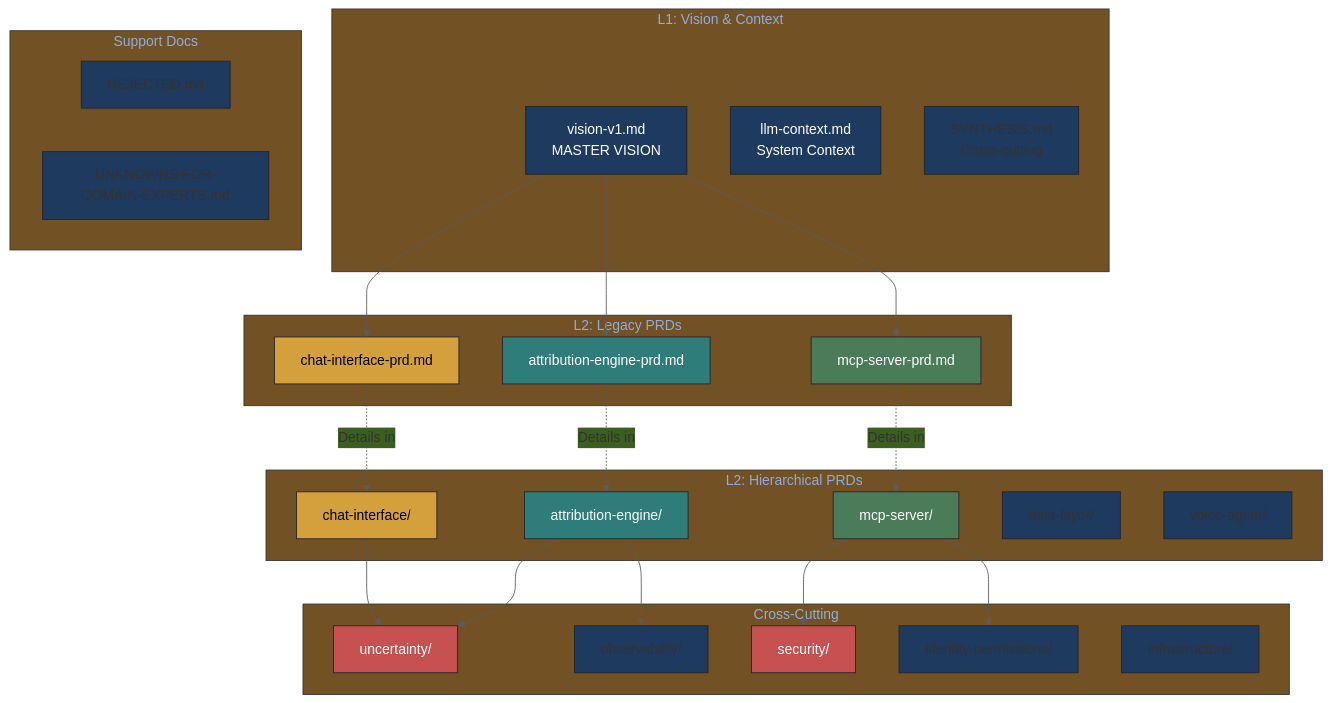
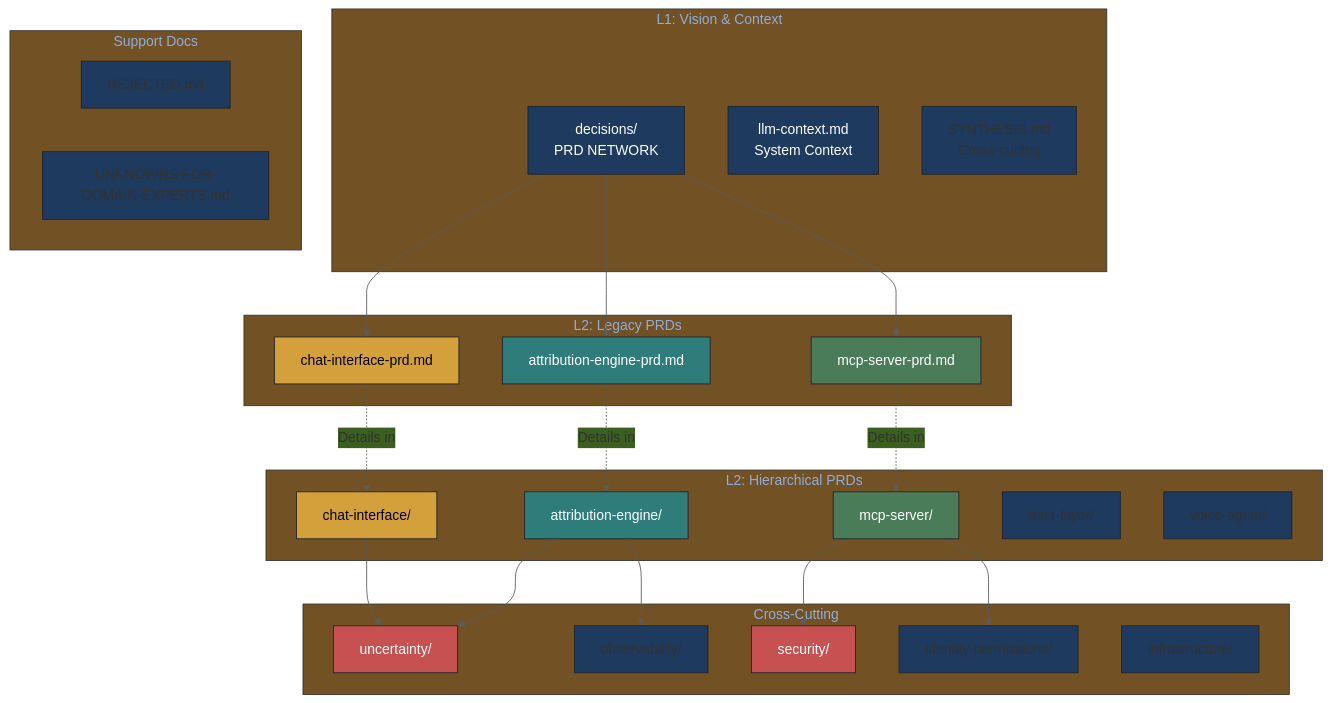
One commit to petteriTeikari/music-attribution-scaffold changed the third of 8 diagrams in docs/prd/README.md. Above: the diagram before and after it, drawn with Mermaid. The commit also changed other lines of this file and 662 other files, not shown here.

First line of the commit message:
docs: comprehensive repository documentation — MkDocs site, 116+ figure plans, 199 assets, PRD v3.0.0 (#71)

````diff
--- a/docs/prd/README.md
+++ b/docs/prd/README.md
@@ -122,60 +116,60 @@
 ```mermaid
 %%{init: {'theme': 'base', 'themeVariables': {'background': '#fcfaf5', 'primaryColor': '#1E3A5F', 'lineColor': '#5C5C5C'}}}%%
 graph TB
     subgraph level1[" L1: Vision & Context "]
-        V[vision-v1.md<br/>MASTER VISION]
+        V[decisions/<br/>PRD NETWORK]
         LLM[llm-context.md<br/>System Context]
         SYN[SYNTHESIS.md<br/>Cross-cutting]
     end
 
     subgraph level2[" L2: Legacy PRDs "]
         AE[attribution-engine-prd.md]
         CI[chat-interface-prd.md]
         MCP[mcp-server-prd.md]
     end
 
     subgraph level2h[" L2: Hierarchical PRDs "]
         AET[attribution-engine/]
         CIT[chat-interface/]
         MCPT[mcp-server/]
         DL[data-layer/]
         VA[voice-agent/]
     end
 
     subgraph cross[" Cross-Cutting "]
         UQ[uncertainty/]
         OBS[observability/]
         SEC[security/]
         IP[identity-permissions/]
         INF[infrastructure/]
     end
 
     subgraph support[" Support Docs "]
         REJ[REJECTED.md]
         UNK[UNKNOWNS-FOR-DOMAIN-EXPERTS.md]
     end
 
     V --> AE
     V --> CI
     V --> MCP
     AE -.->|Details in| AET
     CI -.->|Details in| CIT
     MCP -.->|Details in| MCPT
 
     AET --> UQ
     AET --> OBS
     CIT --> UQ
     MCPT --> SEC
     MCPT --> IP
 
     style V fill:#1E3A5F,color:#fff
     style LLM fill:#1E3A5F,color:#fff
     style AE fill:#2E7D7B,color:#fff
     style CI fill:#D4A03C,color:#000
     style MCP fill:#4A7C59,color:#fff
     style AET fill:#2E7D7B,color:#fff
     style CIT fill:#D4A03C,color:#000
     style MCPT fill:#4A7C59,color:#fff
     style UQ fill:#C75050,color:#fff
     style SEC fill:#C75050,color:#fff
 ```
````
